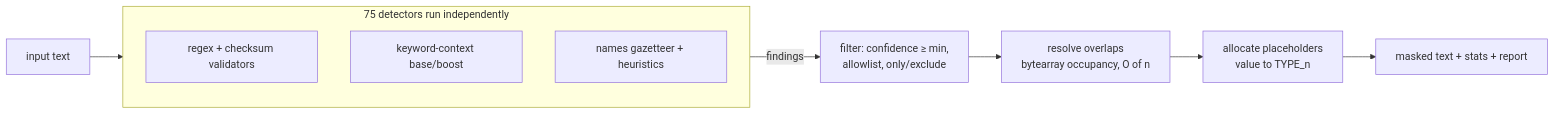
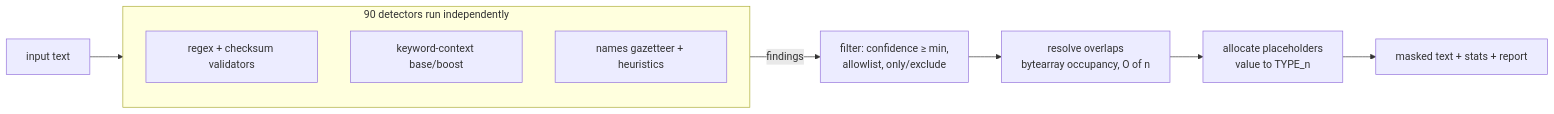
One commit to meloch287/data-shield-ai changed the first of 7 diagrams in README.md. Above: the diagram before and after it, drawn with Mermaid. The commit also changed other lines of this file and 24 other files, not shown here.

````diff
--- a/README.md
+++ b/README.md
@@ -43,14 +43,14 @@
 ```mermaid
 flowchart LR
-  subgraph DET["75 detectors run independently"]
+  subgraph DET["90 detectors run independently"]
     direction TB
     RX["regex + checksum validators"]
     KW["keyword-context base/boost"]
     NM["names gazetteer + heuristics"]
   end
   IN["input text"] --> DET
   DET -->|findings| FIL
   FIL["filter: confidence ≥ min,<br/>allowlist, only/exclude"] --> RES
   RES["resolve overlaps<br/>bytearray occupancy, O of n"] --> ALLOC
   ALLOC["allocate placeholders<br/>value to TYPE_n"] --> OUT["masked text + stats + report"]
 ```
````
